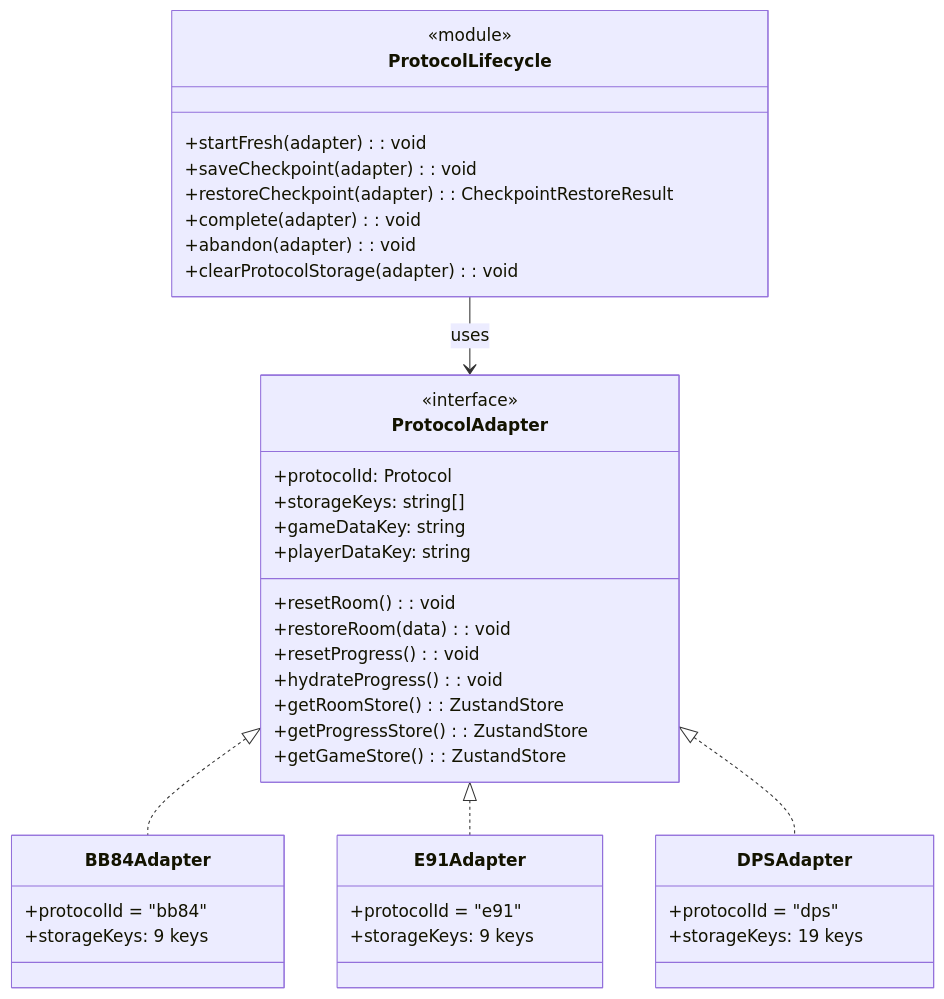
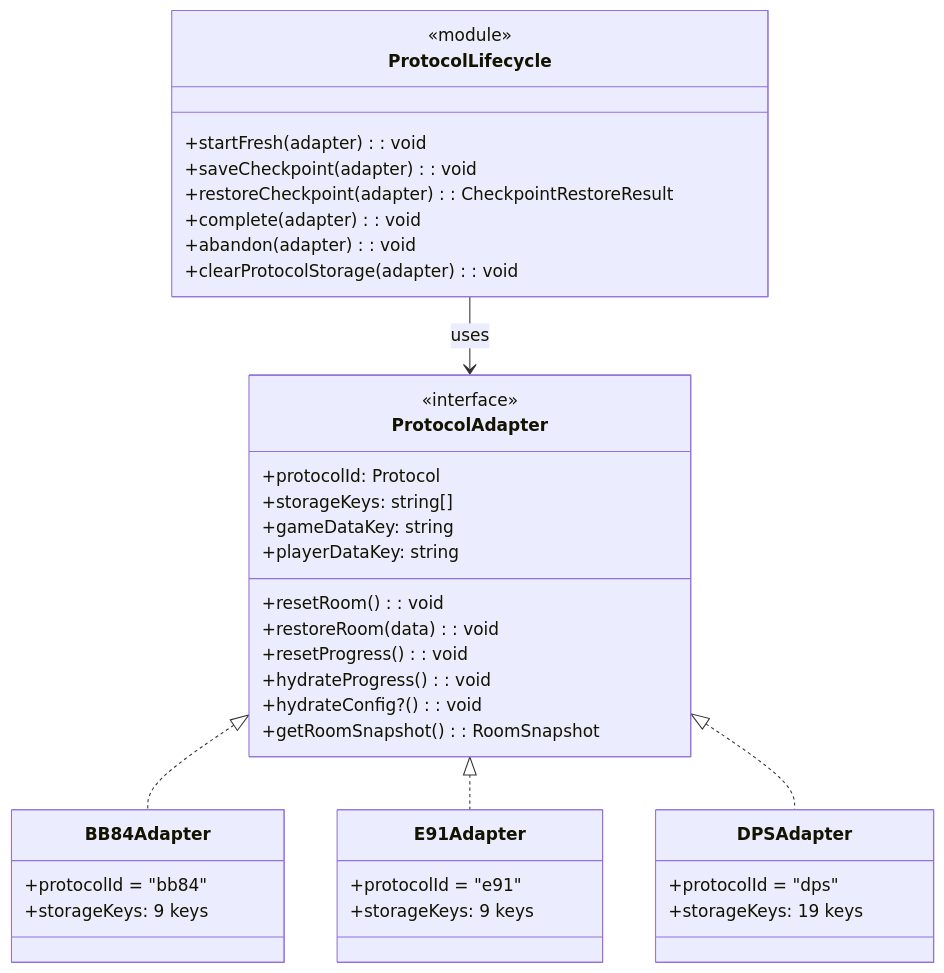
The first of 7 diagrams in docs/shared-protocol-lifecycle-adr.md (algolab-quantique/quantumcrypto-frontend), drawn with Mermaid before and after one commit. The commit also changed other lines of this file and 1 other file, not shown here.

Commit message:
docs: align lifecycle ADR with snapshot adapter

````diff
--- a/docs/shared-protocol-lifecycle-adr.md
+++ b/docs/shared-protocol-lifecycle-adr.md
@@ -98,49 +98,48 @@
 ```mermaid
 classDiagram
     direction TB
 
     class ProtocolAdapter {
         <<interface>>
         +protocolId: Protocol
         +storageKeys: string[]
         +gameDataKey: string
         +playerDataKey: string
         +resetRoom(): void
         +restoreRoom(data): void
         +resetProgress(): void
         +hydrateProgress(): void
-        +getRoomStore(): ZustandStore
-        +getProgressStore(): ZustandStore
-        +getGameStore(): ZustandStore
+        +hydrateConfig?(): void
+        +getRoomSnapshot(): RoomSnapshot
     }
 
     class ProtocolLifecycle {
         <<module>>
         +startFresh(adapter): void
         +saveCheckpoint(adapter): void
         +restoreCheckpoint(adapter): CheckpointRestoreResult
         +complete(adapter): void
         +abandon(adapter): void
         +clearProtocolStorage(adapter): void
     }
 
     class BB84Adapter {
         +protocolId = "bb84"
         +storageKeys: 9 keys
     }
 
     class E91Adapter {
         +protocolId = "e91"
         +storageKeys: 9 keys
     }
 
     class DPSAdapter {
         +protocolId = "dps"
         +storageKeys: 19 keys
     }
 
     ProtocolAdapter <|.. BB84Adapter
     ProtocolAdapter <|.. E91Adapter
     ProtocolAdapter <|.. DPSAdapter
     ProtocolLifecycle --> ProtocolAdapter : uses
 ```
````
